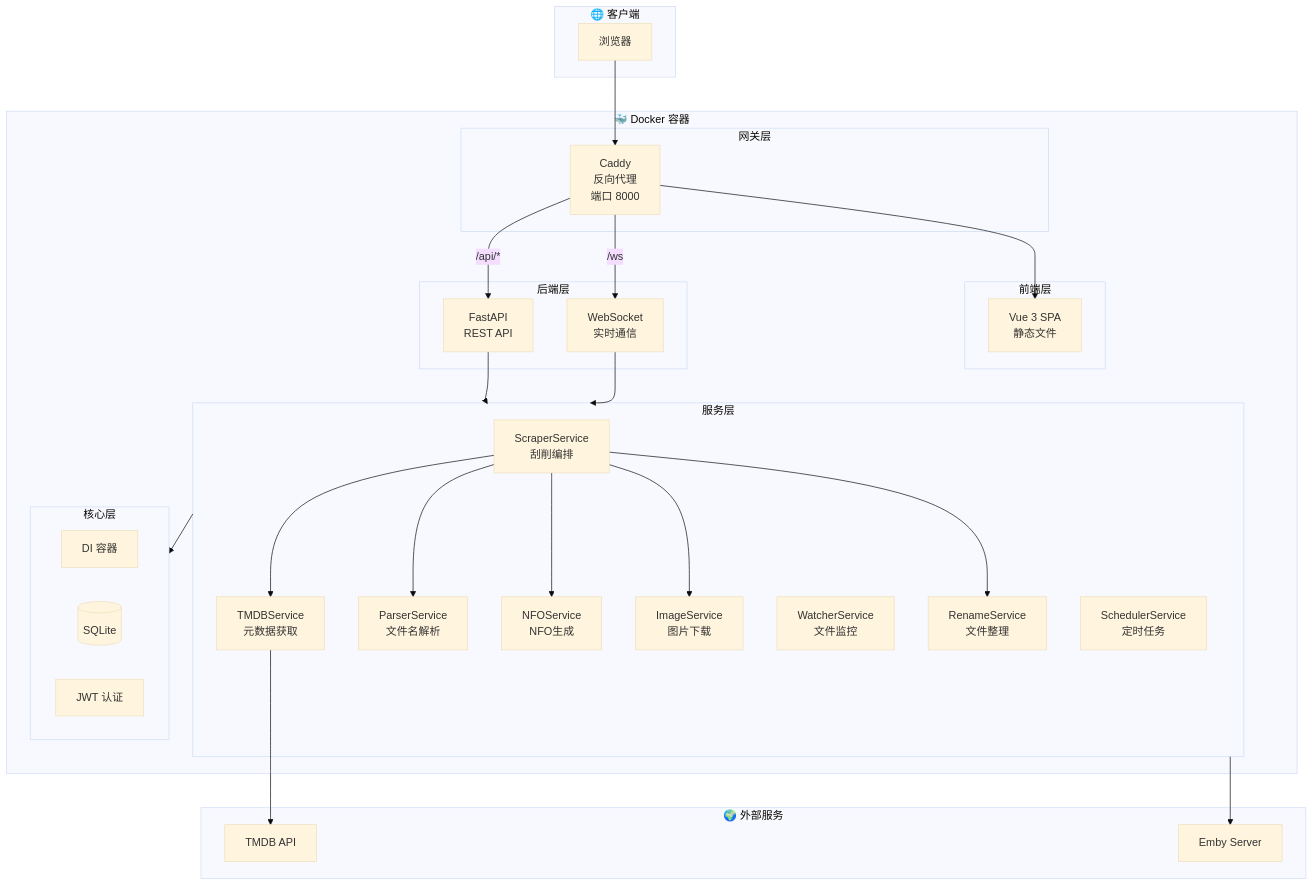
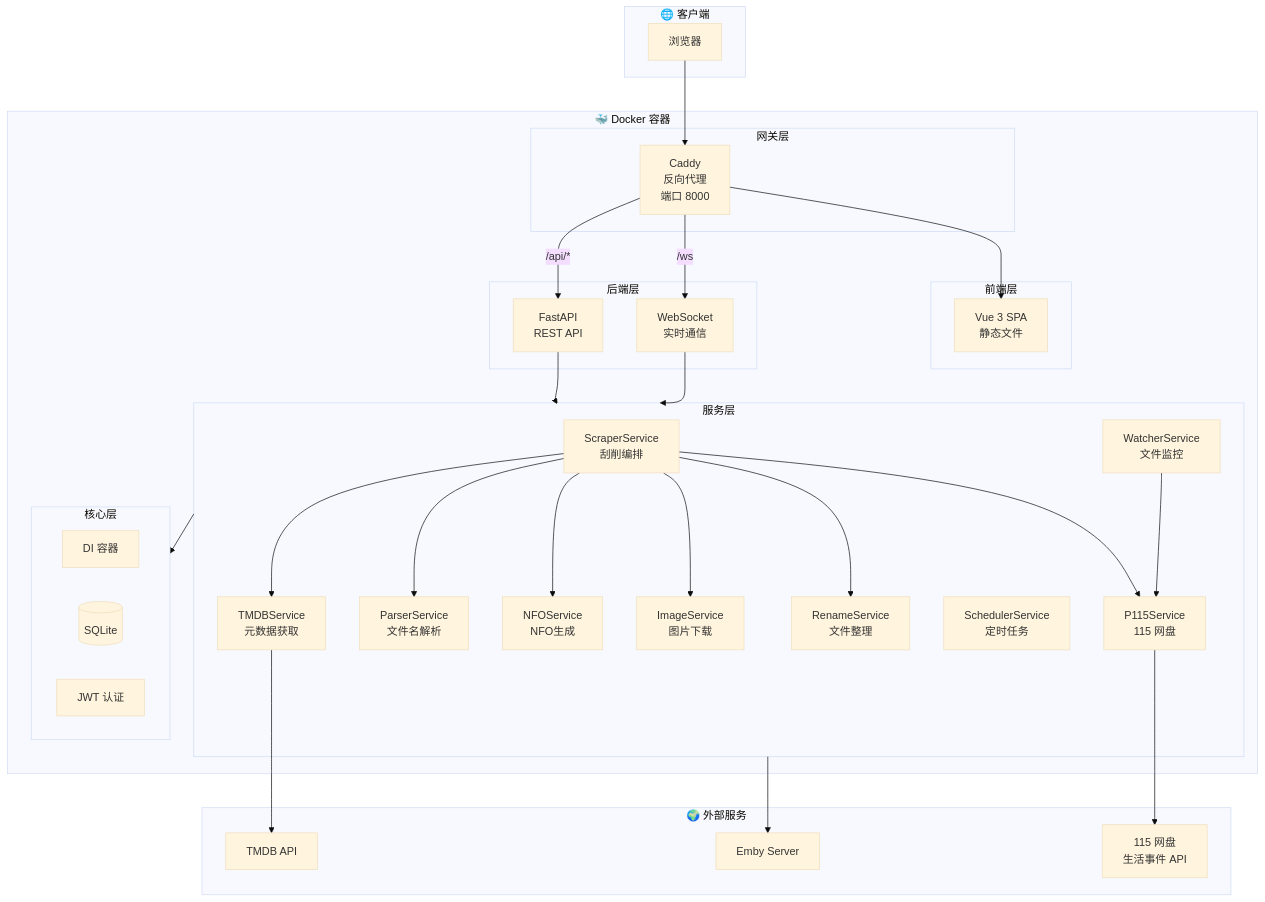
Before and after one commit to sfgawrgarf/MHTI: the first of 6 diagrams in README.md, drawn with Mermaid (base theme). The commit also changed other lines of this file and 52 other files, not shown here.

````diff
--- a/README.md
+++ b/README.md
@@ -47,58 +48,63 @@
 ```mermaid
 graph TB
     subgraph Client["🌐 客户端"]
         Browser[浏览器]
     end
 
     subgraph Docker["🐳 Docker 容器"]
         subgraph Gateway["网关层"]
             Caddy[Caddy<br/>反向代理<br/>端口 8000]
         end
 
         subgraph Frontend["前端层"]
             Vue[Vue 3 SPA<br/>静态文件]
         end
 
         subgraph Backend["后端层"]
             FastAPI[FastAPI<br/>REST API]
             WebSocket[WebSocket<br/>实时通信]
         end
 
         subgraph Services["服务层"]
             ScraperSvc[ScraperService<br/>刮削编排]
             TMDBSvc[TMDBService<br/>元数据获取]
             ParserSvc[ParserService<br/>文件名解析]
             NFOSvc[NFOService<br/>NFO生成]
             ImageSvc[ImageService<br/>图片下载]
+            P115Svc[P115Service<br/>115 网盘]
             WatcherSvc[WatcherService<br/>文件监控]
             RenameSvc[RenameService<br/>文件整理]
             SchedulerSvc[SchedulerService<br/>定时任务]
         end
 
         subgraph Core["核心层"]
             Container[DI 容器]
             Database[(SQLite)]
             Auth[JWT 认证]
         end
     end
 
     subgraph External["🌍 外部服务"]
         TMDB[TMDB API]
         Emby[Emby Server]
+        P115["115 网盘<br/>生活事件 API"]
     end
 
     Browser --> Caddy
     Caddy --> Vue
     Caddy -->|/api/*| FastAPI
     Caddy -->|/ws| WebSocket
     FastAPI --> Services
     WebSocket --> Services
     Services --> Core
     ScraperSvc --> TMDBSvc
     ScraperSvc --> ParserSvc
     ScraperSvc --> NFOSvc
     ScraperSvc --> ImageSvc
     ScraperSvc --> RenameSvc
+    ScraperSvc --> P115Svc
     TMDBSvc --> TMDB
     Services --> Emby
+    P115Svc --> P115
+    WatcherSvc --> P115Svc
 ```
````
